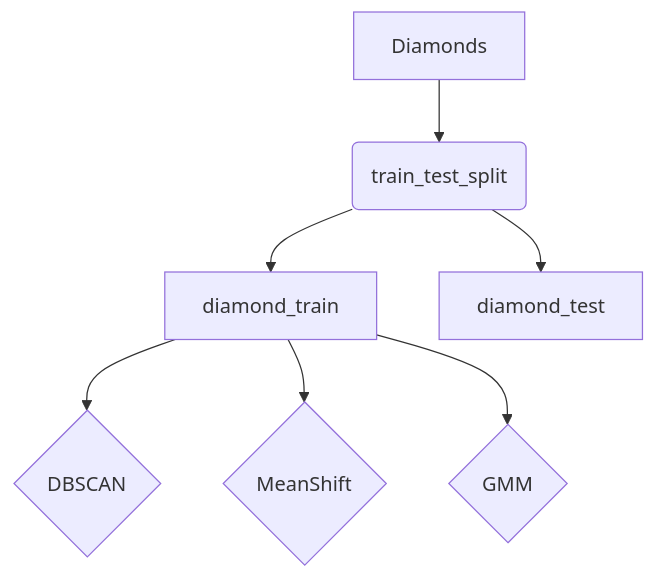
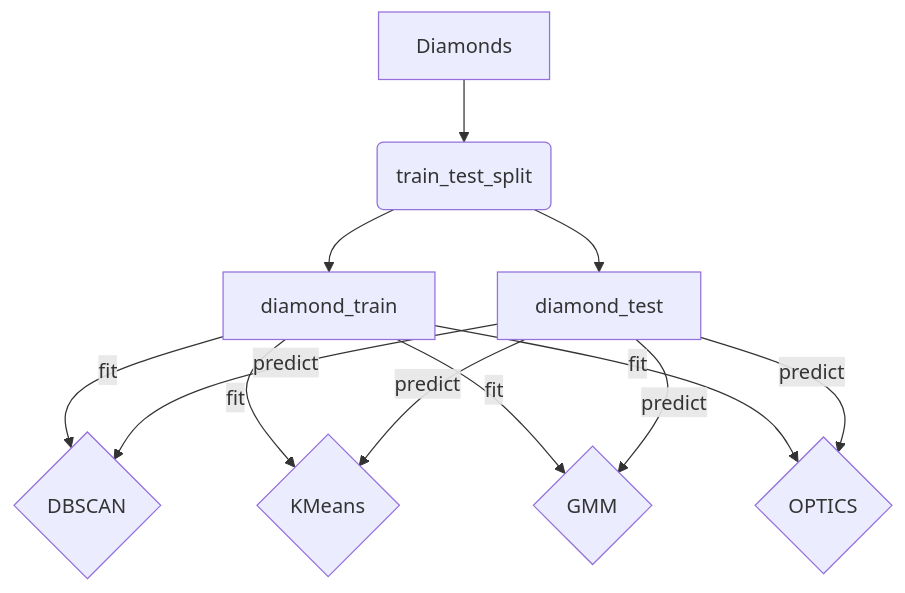
One commit to presetprogrammer/SeabornProject419 changed the diagram in ProjectOutline.md. Above: the diagram before and after it, drawn with Mermaid. The commit also changed other lines of this file, not shown here.

Commit message:
Update ProjectOutline.md
Still need to update wrap-up and references.

````diff
--- a/ProjectOutline.md
+++ b/ProjectOutline.md
@@ -31,9 +32,14 @@
 ```mermaid
 graph TD
 Diamonds[Diamonds] --> split(train_test_split)
 split --> dtrain[diamond_train]
 split --> dtest[diamond_test]
-dtrain --> scan{DBSCAN}
-dtrain --> shift{MeanShift}
-dtrain --> gmm{GMM}
+dtrain -- fit --> scan{DBSCAN}
+dtrain -- fit --> shift{KMeans}
+dtrain -- fit --> gmm{GMM}
+dtrain -- fit --> optics{OPTICS}
+dtest -- predict --> gmm
+dtest -- predict --> optics
+dtest -- predict --> scan
+dtest -- predict --> shift
 ```
````
